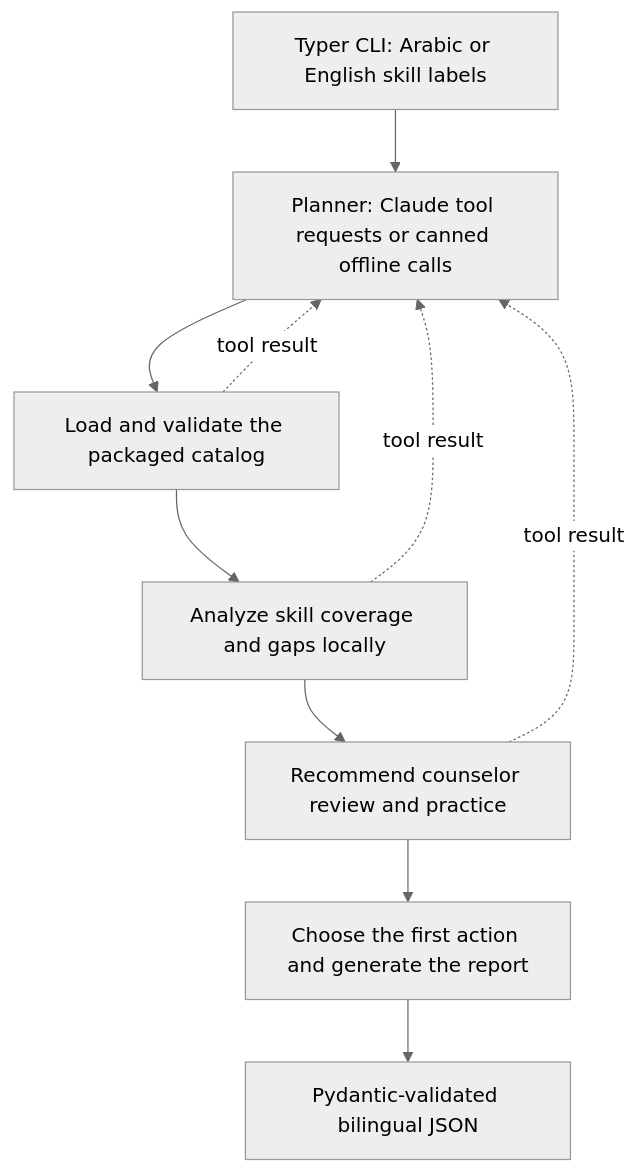
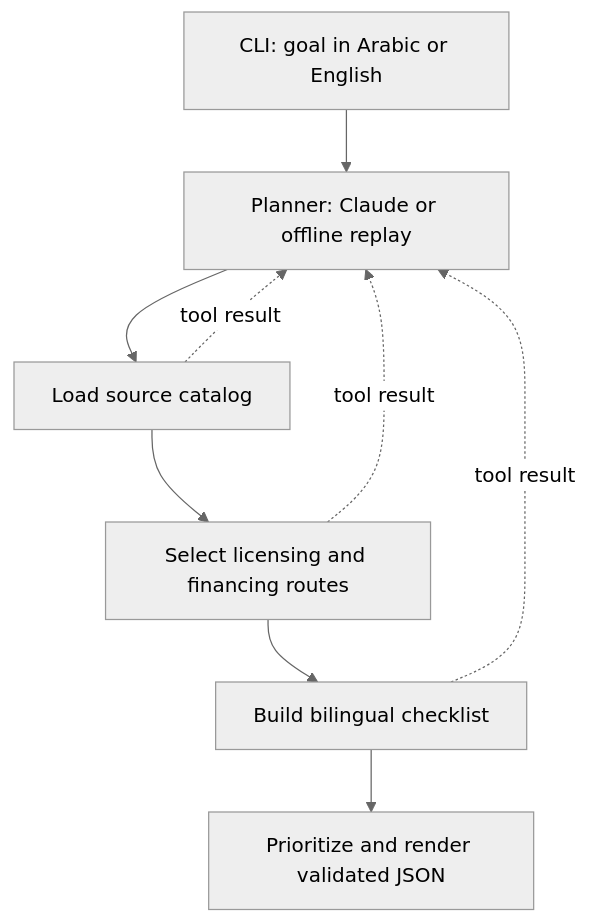
One commit to instantmhm/instantmhm-vision2030-sdg-agent changed the diagram in docs/ARCHITECTURE.md. Above: the diagram before and after it, drawn with Mermaid (neutral theme). The commit also changed other lines of this file and 19 other files, not shown here.

Commit message:
feat: build bilingual SME licensing and financing agent

````diff
--- a/docs/ARCHITECTURE.md
+++ b/docs/ARCHITECTURE.md
@@ -3,12 +3,11 @@
 ```mermaid
 flowchart TD
-  A["Typer CLI: Arabic or English skill labels"] --> P["Planner: Claude tool requests or canned offline calls"]
-  P --> L["Load and validate the packaged catalog"]
-  L --> M["Analyze skill coverage and gaps locally"]
-  M --> R["Recommend counselor review and practice"]
-  R --> O["Choose the first action and generate the report"]
-  O --> J["Pydantic-validated bilingual JSON"]
-  L -. tool result .-> P
-  M -. tool result .-> P
+  A["CLI: goal in Arabic or English"] --> P["Planner: Claude or offline replay"]
+  P --> C["Load source catalog"]
+  C --> R["Select licensing and financing routes"]
+  R --> K["Build bilingual checklist"]
+  K --> J["Prioritize and render validated JSON"]
+  C -. tool result .-> P
   R -. tool result .-> P
+  K -. tool result .-> P
 ```
````
